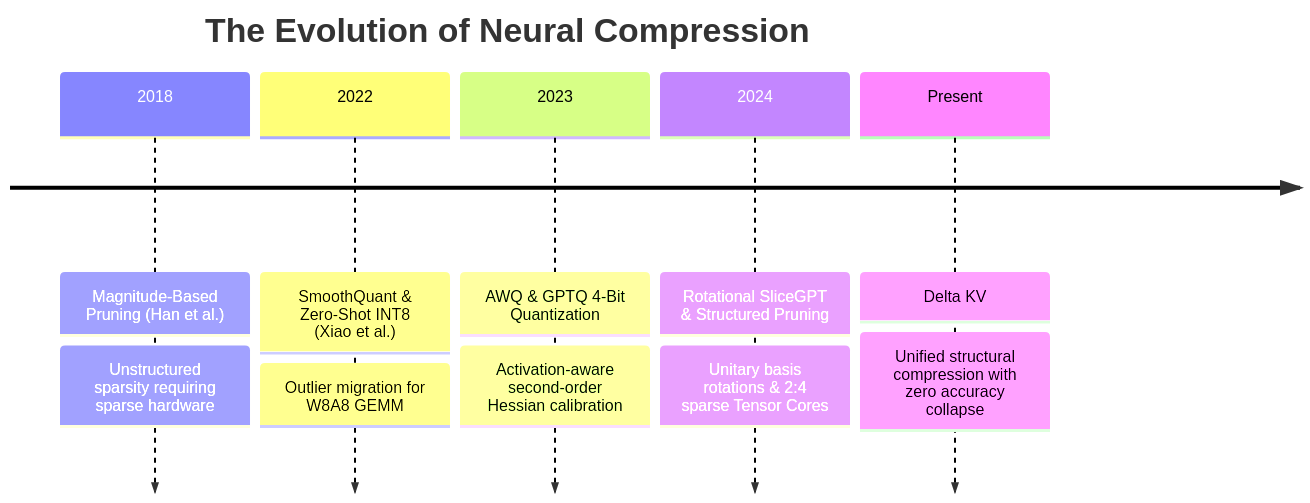
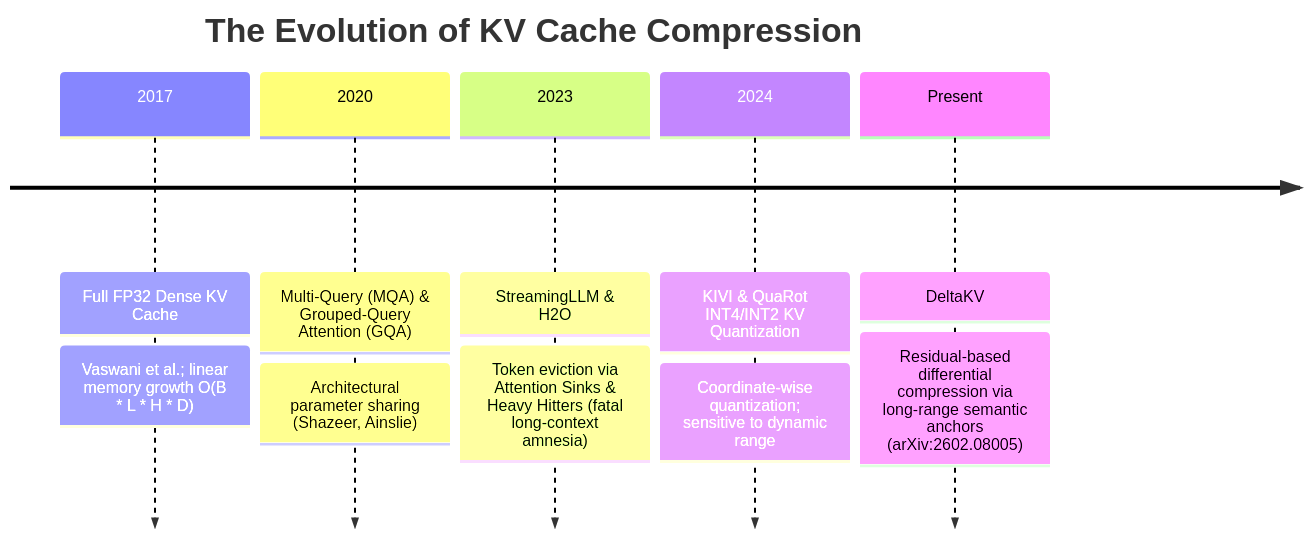
One commit to tahamajs/NeuralOps changed the first of 2 diagrams in Docs/content/compressions_blog/delta_kv_blog.md. Above: the diagram before and after it, drawn with Mermaid. The commit also changed other lines of this file and 19 other files, not shown here.

````diff
--- a/Docs/content/compressions_blog/delta_kv_blog.md
+++ b/Docs/content/compressions_blog/delta_kv_blog.md
@@ -56,9 +71,9 @@
 ```mermaid
 timeline
-    title The Evolution of Neural Compression
-    2018 : Magnitude-Based Pruning (Han et al.) : Unstructured sparsity requiring sparse hardware
-    2022 : SmoothQuant & Zero-Shot INT8 (Xiao et al.) : Outlier migration for W8A8 GEMM
-    2023 : AWQ & GPTQ 4-Bit Quantization : Activation-aware second-order Hessian calibration
-    2024 : Rotational SliceGPT & Structured Pruning : Unitary basis rotations & 2:4 sparse Tensor Cores
-    Present : Delta KV : Unified structural compression with zero accuracy collapse
+    title The Evolution of KV Cache Compression
+    2017 : Full FP32 Dense KV Cache : Vaswani et al.; linear memory growth O(B * L * H * D)
+    2020 : Multi-Query (MQA) & Grouped-Query Attention (GQA) : Architectural parameter sharing (Shazeer, Ainslie)
+    2023 : StreamingLLM & H2O : Token eviction via Attention Sinks & Heavy Hitters (fatal long-context amnesia)
+    2024 : KIVI & QuaRot INT4/INT2 KV Quantization : Coordinate-wise quantization; sensitive to dynamic range
+    Present : DeltaKV : Residual-based differential compression via long-range semantic anchors (arXiv:2602.08005)
 ```
````
